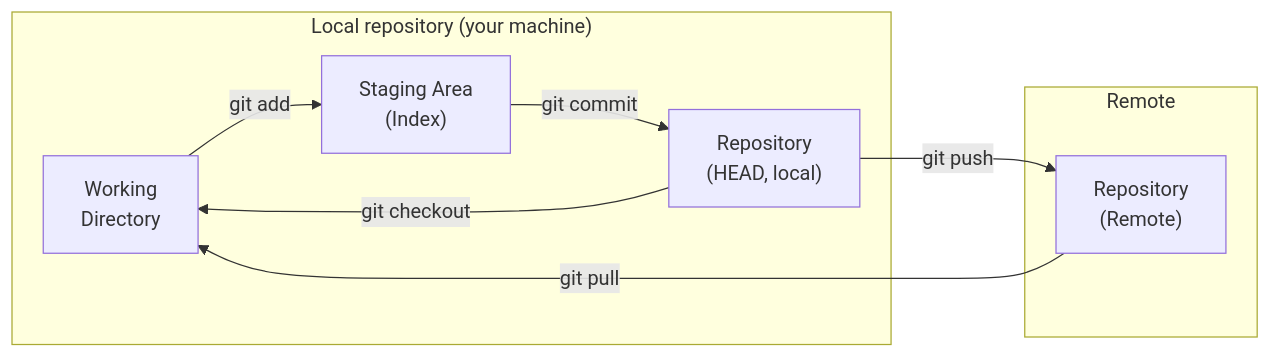
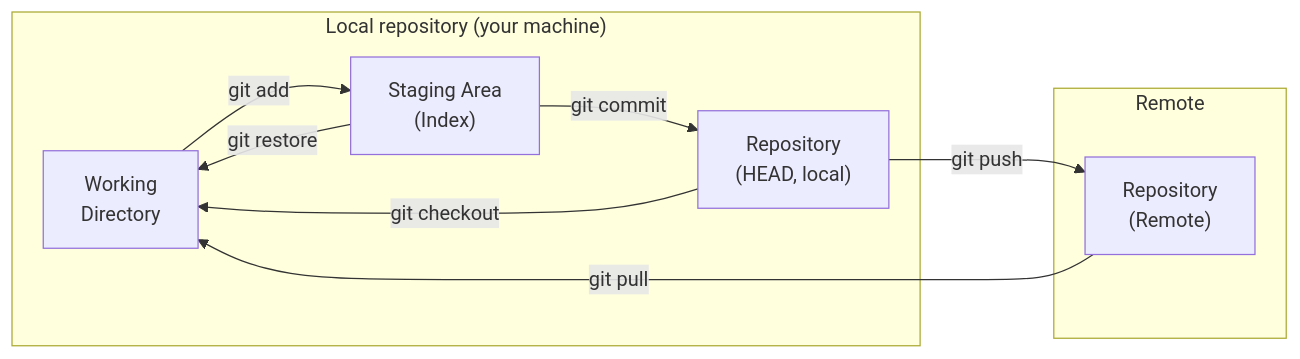
Before and after one commit to dongzhaohe321418-lab/programming-handbook: the second of 2 diagrams in docs/ch01-tools/03-git.md, drawn with Mermaid. The commit also changed 6 other files, not shown here.

````diff
--- a/docs/ch01-tools/03-git.md
+++ b/docs/ch01-tools/03-git.md
@@ -95,16 +95,17 @@
 ```mermaid
 flowchart LR
     subgraph LOCAL["Local repository (your machine)"]
         W["Working<br/>Directory"]
         S["Staging Area<br/>(Index)"]
         H["Repository<br/>(HEAD, local)"]
     end
     subgraph REMOTE["Remote"]
         R["Repository<br/>(Remote)"]
     end
     W -- "git add" --> S
     S -- "git commit" --> H
     H -- "git push" --> R
     R -- "git pull" --> W
     H -- "git checkout" --> W
+    S -- "git restore" --> W
 ```
````
